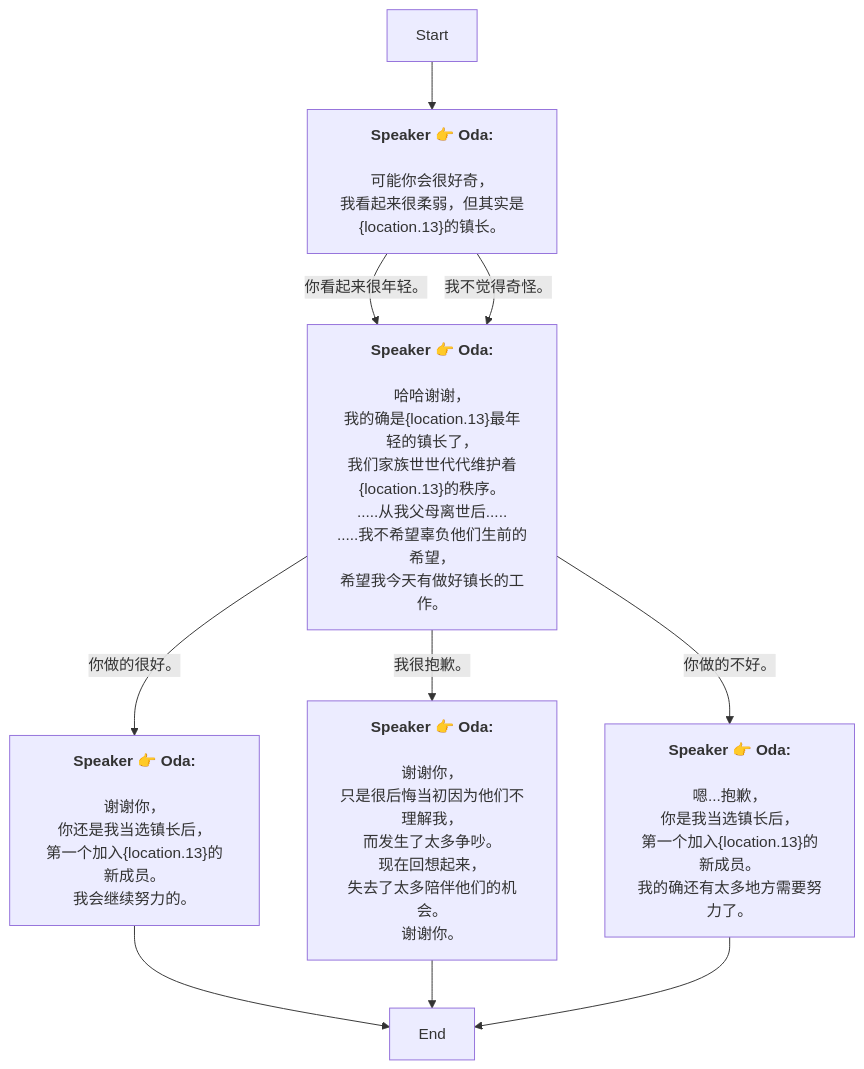
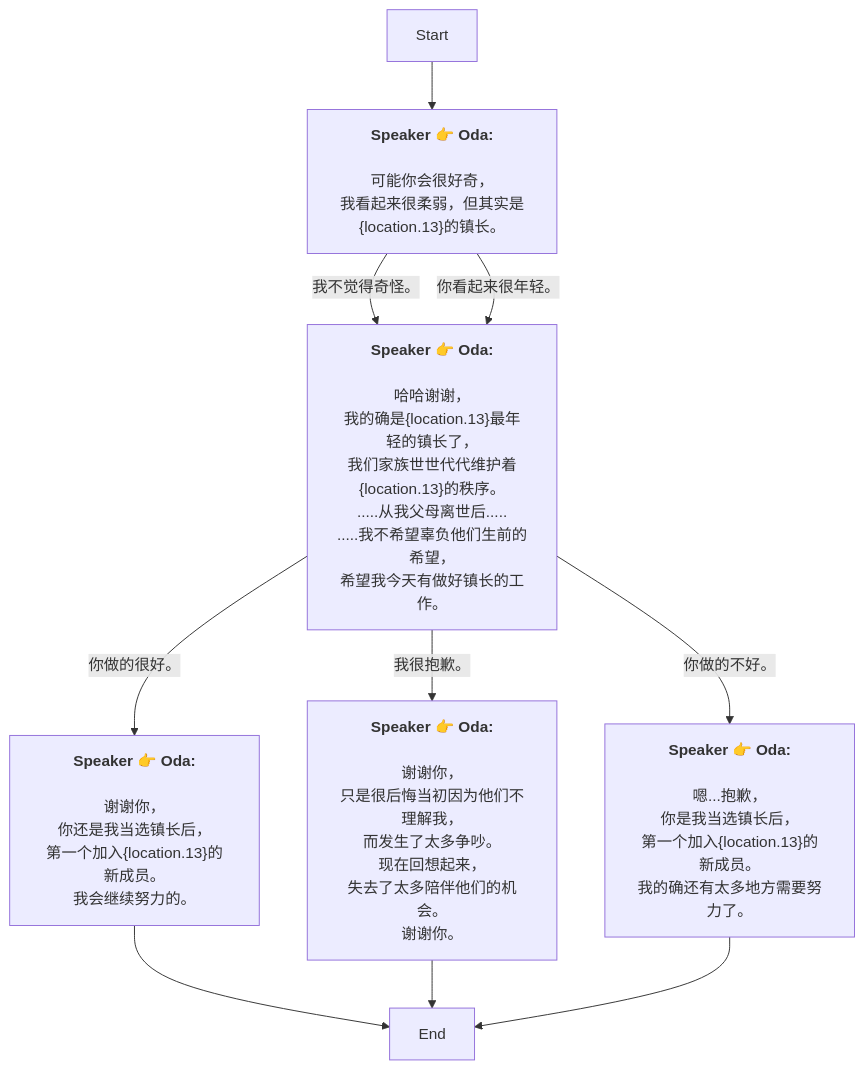
The diagram in Zh/QuestTalkObjectiveNode_1741756732252428.md (SoftHu/tos_avg), drawn with Mermaid before and after one commit. The commit also changed other lines of this file and 780 other files, not shown here.

````diff
--- a/Zh/QuestTalkObjectiveNode_1741756732252428.md
+++ b/Zh/QuestTalkObjectiveNode_1741756732252428.md
@@ -1,36 +1,36 @@
 ```mermaid
 graph
 Start -->1741756751534367[<b>Speaker 👉 Oda:</b>
 \n可能你会很好奇，
 我看起来很柔弱，但其实是&lbrace;location.13&rbrace;的镇长。]
-1741756751534367 -->|你看起来很年轻。|1741756751534371[<b>Speaker 👉 Oda:</b>
+1741756751534367 -->|我不觉得奇怪。|1741756751534371[<b>Speaker 👉 Oda:</b>
 \n哈哈谢谢，
 我的确是&lbrace;location.13&rbrace;最年轻的镇长了，
 我们家族世世代代维护着&lbrace;location.13&rbrace;的秩序。\n.....从我父母离世后.....
 .....我不希望辜负他们生前的希望，
 希望我今天有做好镇长的工作。]
-1741756751534367 -->|我不觉得奇怪。|1741756751534371[<b>Speaker 👉 Oda:</b>
+1741756751534367 -->|你看起来很年轻。|1741756751534371[<b>Speaker 👉 Oda:</b>
 \n哈哈谢谢，
 我的确是&lbrace;location.13&rbrace;最年轻的镇长了，
 我们家族世世代代维护着&lbrace;location.13&rbrace;的秩序。\n.....从我父母离世后.....
 .....我不希望辜负他们生前的希望，
 希望我今天有做好镇长的工作。]
 1741756751534371 -->|你做的很好。|1741756751534375[<b>Speaker 👉 Oda:</b>
 \n谢谢你，
 你还是我当选镇长后，
 第一个加入&lbrace;location.13&rbrace;的新成员。\n我会继续努力的。]
+1741756751534371 -->|你做的不好。|1741758102220112[<b>Speaker 👉 Oda:</b>
+\n嗯...抱歉，
+你是我当选镇长后，
+第一个加入&lbrace;location.13&rbrace;的新成员。\n我的确还有太多地方需要努力了。]
 1741756751534371 -->|我很抱歉。|1741757998477647[<b>Speaker 👉 Oda:</b>
 \n谢谢你，
 只是很后悔当初因为他们不理解我，
 而发生了太多争吵。\n现在回想起来，
 失去了太多陪伴他们的机会。
 谢谢你。]
-1741756751534371 -->|你做的不好。|1741758102220112[<b>Speaker 👉 Oda:</b>
-\n嗯...抱歉，
-你是我当选镇长后，
-第一个加入&lbrace;location.13&rbrace;的新成员。\n我的确还有太多地方需要努力了。]
 1741756751534375 -->1741757982916940[End]
 1741757998477647 -->1741757982916940[End]
 1741758102220112 -->1741757982916940[End]
 
 ```
````
